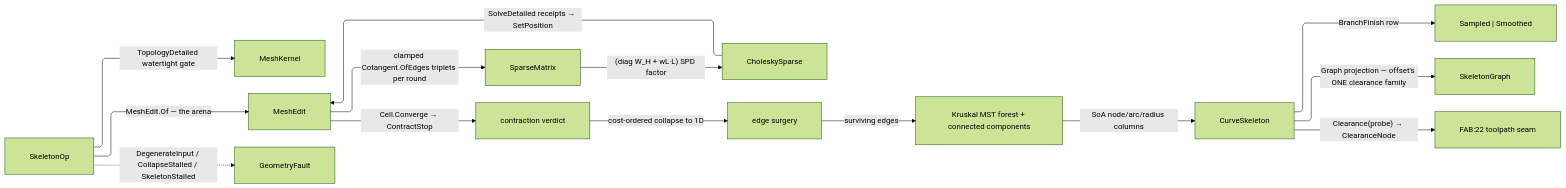
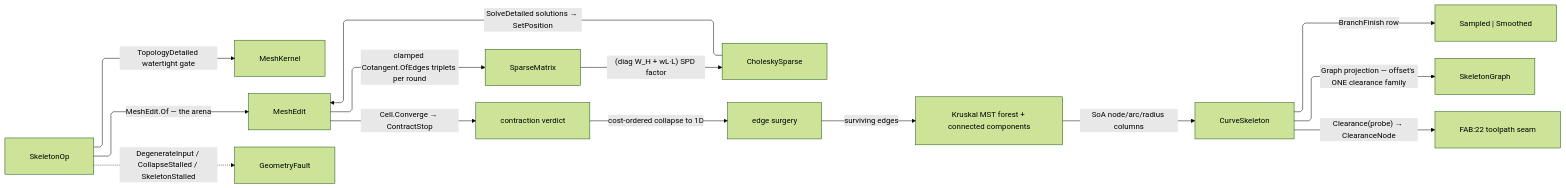
Before and after one commit to bsamiee/Rasm: the diagram in libs/dotnet/Rasm/.planning/Meshing/skeleton.md, drawn with Mermaid (forest theme). The commit also changed other lines of this file and 1417 other files, not shown here.

````diff
--- a/libs/dotnet/Rasm/.planning/Meshing/skeleton.md
+++ b/libs/dotnet/Rasm/.planning/Meshing/skeleton.md
@@ -503,25 +503,25 @@
 ```mermaid
 ---
 config:
   layout: elk
   flowchart:
     curve: linear
     padding: 25
 ---
 flowchart LR
     accTitle: Curve-skeleton flow
     accDescr: Meshes flow through contraction rounds, edge-collapse surgery, and tree extraction into the frozen skeleton columns.
     SkeletonOp -->|TopologyDetailed watertight gate| MeshKernel
     SkeletonOp -->|MeshEdit.Of — the arena| MeshEdit
     MeshEdit -->|clamped Cotangent.OfEdges triplets per round| SparseMatrix
     SparseMatrix -->|"(diag W_H + wL·L) SPD factor"| CholeskySparse
-    CholeskySparse -->|"SolveDetailed receipts → SetPosition"| MeshEdit
+    CholeskySparse -->|"SolveDetailed solutions → SetPosition"| MeshEdit
     MeshEdit -->|"Cell.Converge → ContractStop"| Contract["contraction verdict"]
     Contract -->|cost-ordered collapse to 1D| Surgery["edge surgery"]
     Surgery -->|surviving edges| QuikGraph["Kruskal MST forest + connected components"]
     QuikGraph -->|SoA node/arc/radius columns| CurveSkeleton
     CurveSkeleton -->|BranchFinish row| Resample["Sampled | Smoothed"]
     CurveSkeleton -->|Graph projection — offset's ONE clearance family| SkeletonGraph
     CurveSkeleton -->|"Clearance(probe) → ClearanceNode"| Fabrication["FAB:22 toolpath seam"]
     SkeletonOp -.->|DegenerateInput / CollapseStalled / SkeletonStalled| GeometryFault
 ```
````
